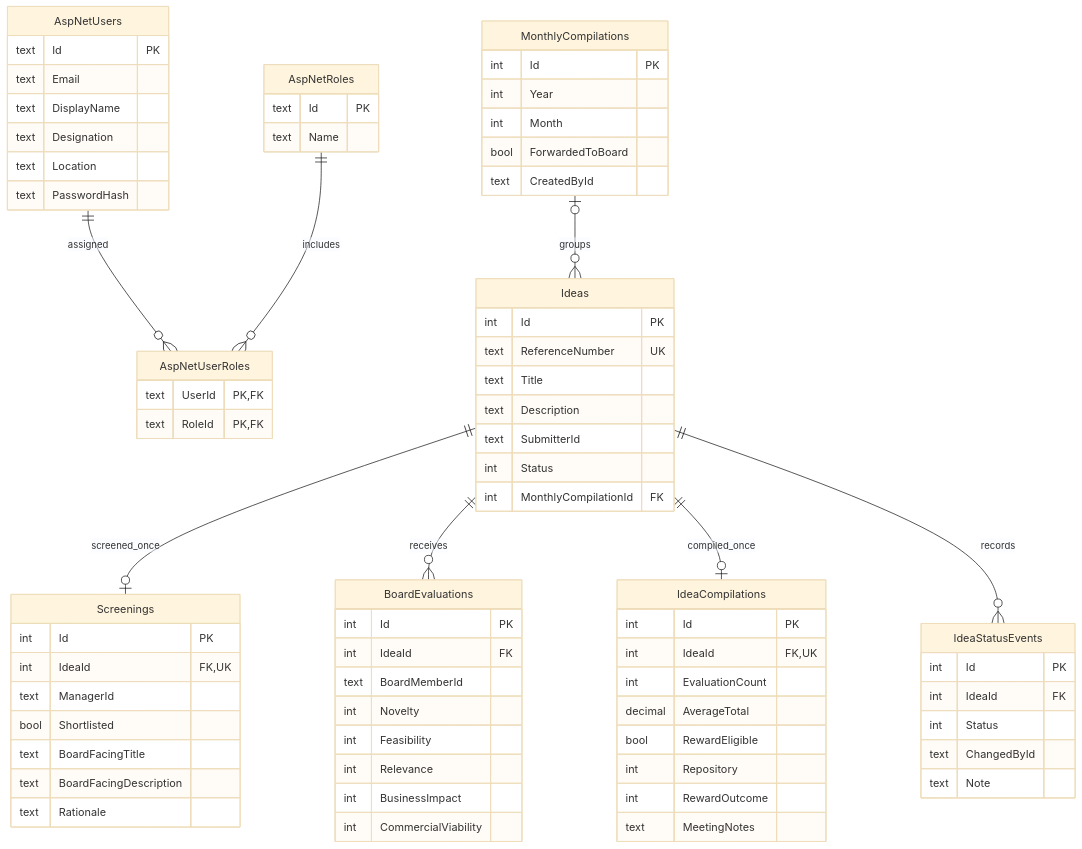
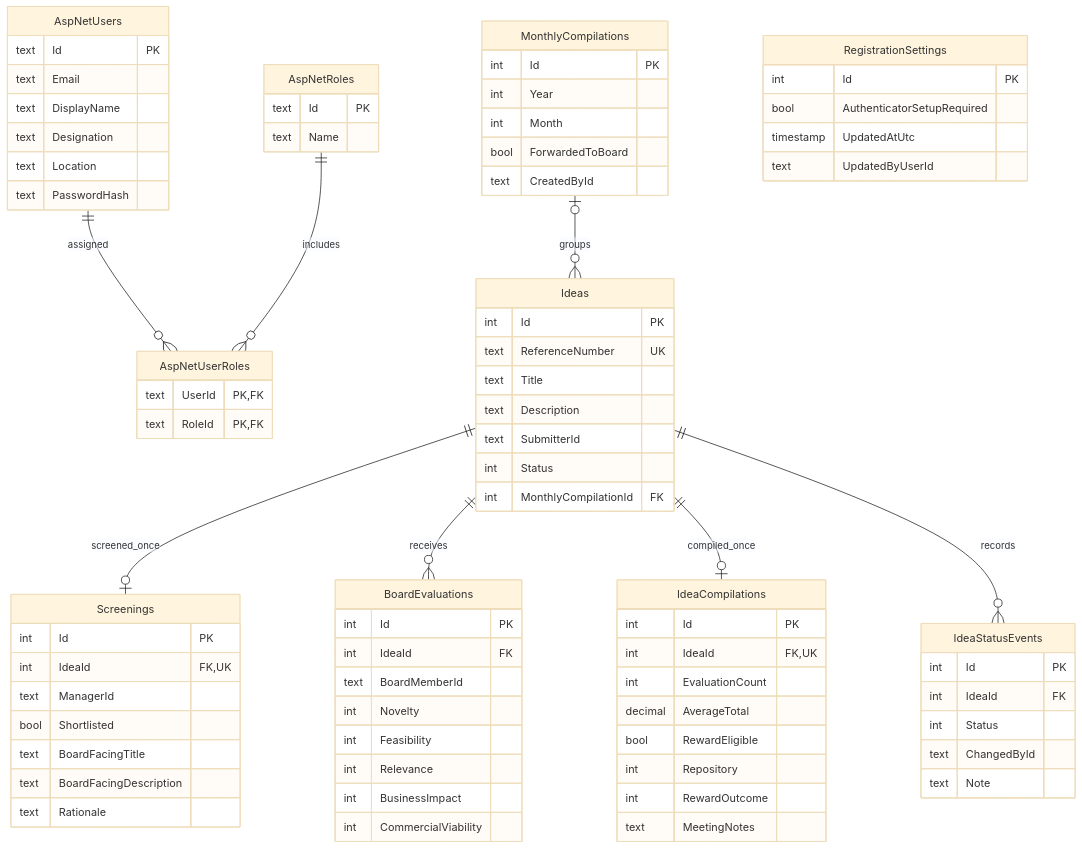
One commit to InternetDad/NamovationApplication changed the diagram in docs/database-design.md. Above: the diagram before and after it, drawn with Mermaid (base theme). The commit also changed other lines of this file and 33 other files, not shown here.

```diff
--- a/docs/database-design.md
+++ b/docs/database-design.md
@@ -14,6 +14,12 @@
     Ideas ||--o{ BoardEvaluations : receives
     Ideas ||--o| IdeaCompilations : compiled_once
     Ideas ||--o{ IdeaStatusEvents : records
+    RegistrationSettings {
+        int Id PK
+        bool AuthenticatorSetupRequired
+        timestamp UpdatedAtUtc
+        text UpdatedByUserId
+    }
 
     AspNetUsers {
         text Id PK
```
